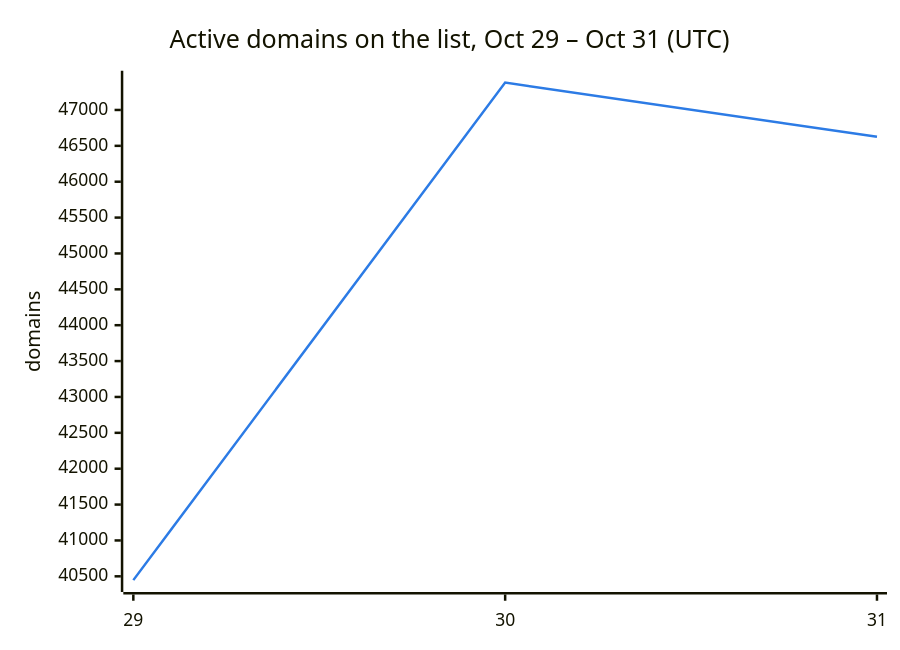
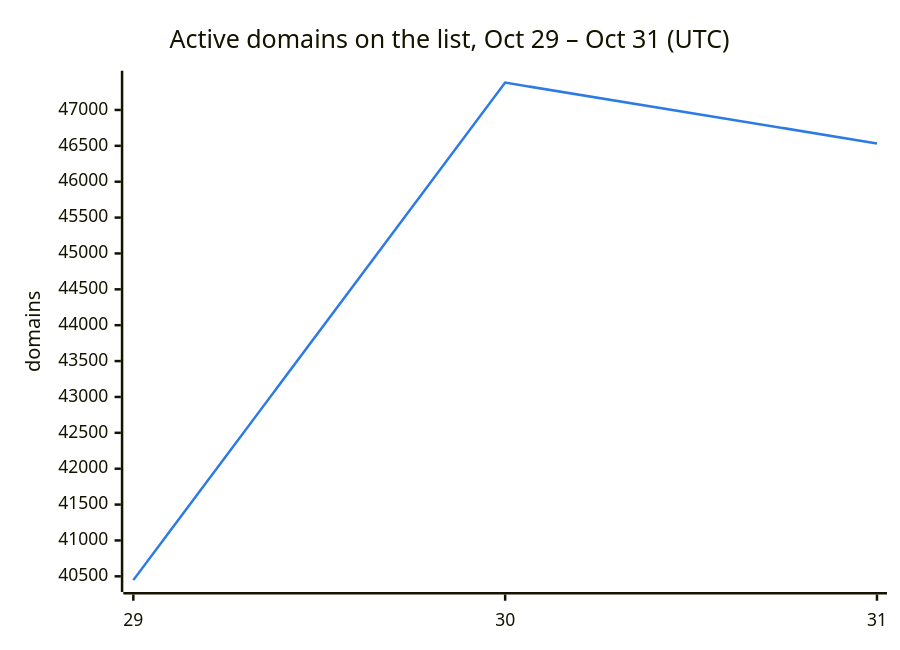
The second of 3 diagrams in README.md (DNSBunker/CTI), drawn with Mermaid before and after one commit. The commit also changed other lines of this file and 3 other files, not shown here.

````diff
--- a/README.md
+++ b/README.md
@@ -38,8 +38,8 @@
 ```mermaid
 %%{init: {"themeVariables": {"xyChart": {"plotColorPalette": "#2c7be5"}}}}%%
 xychart-beta
     title "Active domains on the list, Oct 29 – Oct 31 (UTC)"
     x-axis ["29", "30", "31"]
     y-axis "domains"
-    line [40447, 47381, 46626]
+    line [40447, 47381, 46534]
 ```
````
